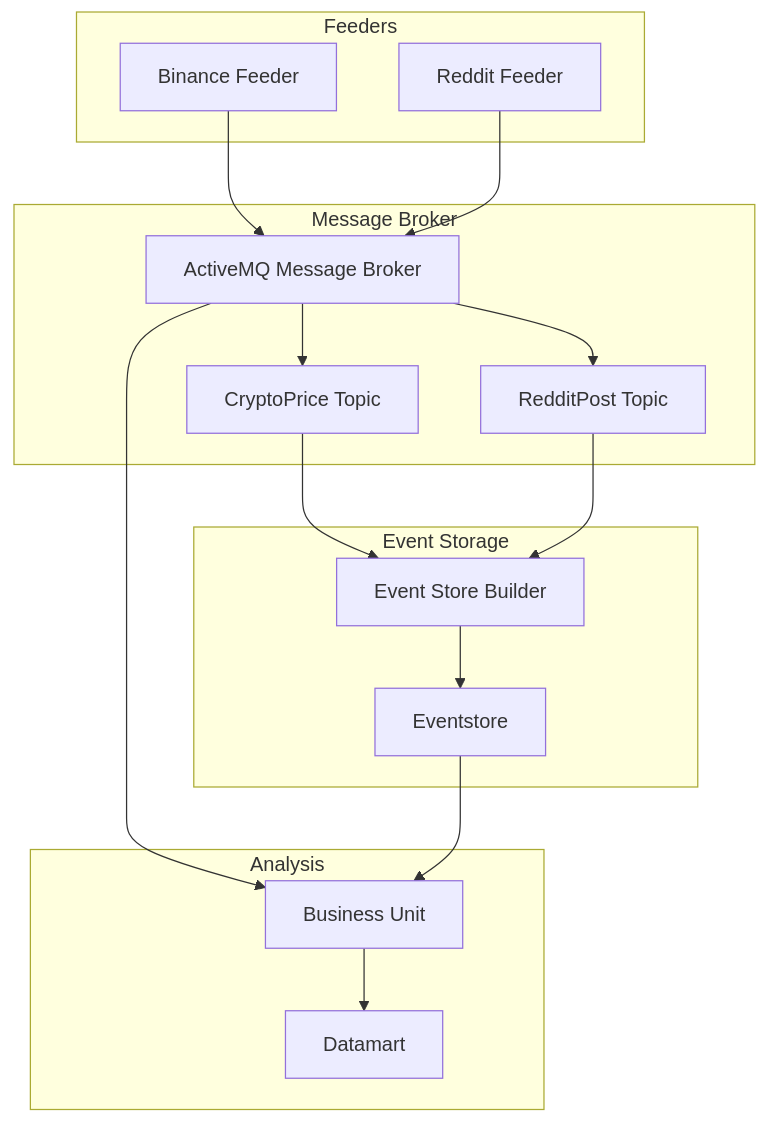
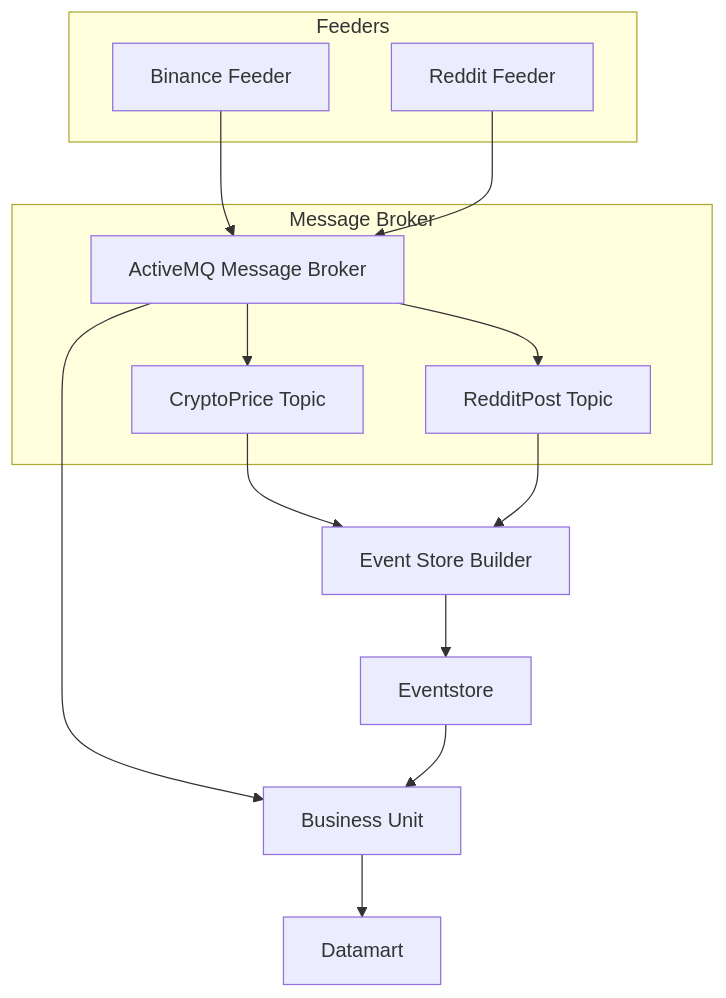
Before and after one commit to grupoAdacd/BitFOMO-DACD: the diagram in README.md, drawn with Mermaid.

Commit message:
feat(README.md) create README.md, almost done, binance-feeder and business-unit diagrams remaining.

````diff
--- a/README.md
+++ b/README.md
@@ -340,44 +340,36 @@
 ```mermaid
 graph TD
     A[Binance Feeder] 
     A1[Reddit Feeder]
     A2[CryptoPrice Topic]
     A3[RedditPost Topic]
     A4[ActiveMQ Message Broker]
     A5[Event Store Builder]
     A6[Business Unit]
     A7[Eventstore]
     A8[Datamart]
     
     A --> A4
     A1 --> A4
     A4 --> A2
     A4 --> A3
     A2 --> A5    
     A3 --> A5    
     A4 --> A6
     A6 --> A8
     A5 --> A7
     A7 --> A6
 
     subgraph "Feeders"
         A
         A1
     end
     
     subgraph "Message Broker"
         A4
         A2
         A3
     end
     
-    subgraph "Event Storage"
-        A5
-        A7
-    end
     
-    subgraph "Analysis"
-        A6
-        A8
-    end
 ```
````
